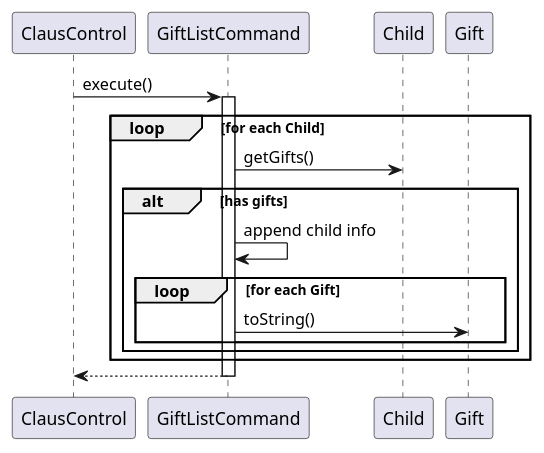
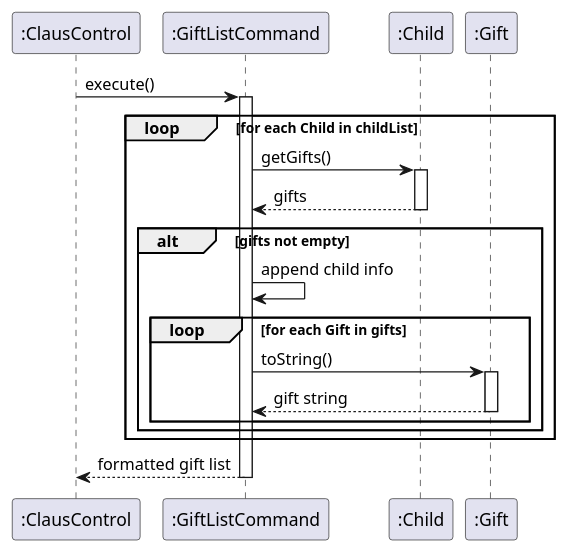
One commit to shrabasti-c/tp changed the diagram in docs/diagrams/GiftListSequenceDiagram.puml. Above: the diagram before and after it, drawn with PlantUML. The commit also changed 20 other files, not shown here.

Commit message:
Fix UML diagrams and fix bug in degift command

```diff
--- a/docs/diagrams/GiftListSequenceDiagram.puml
+++ b/docs/diagrams/GiftListSequenceDiagram.puml
@@ -1,26 +1,31 @@
 @startuml
+participant ":ClausControl" as CC
+participant ":GiftListCommand" as GLC
+participant ":Child" as Child
+participant ":Gift" as Gift
 
-participant ClausControl
-participant GiftListCommand
-participant Child
-participant Gift
+CC -> GLC : execute()
+activate GLC
 
-ClausControl -> GiftListCommand : execute()
-activate GiftListCommand
+loop for each Child in childList
+    GLC -> Child : getGifts()
+    activate Child
+    Child --> GLC : gifts
+    deactivate Child
 
-loop for each Child
-    GiftListCommand -> Child : getGifts()
+    alt gifts not empty
+        GLC -> GLC : append child info
 
-    alt has gifts
-        GiftListCommand -> GiftListCommand : append child info
-
-        loop for each Gift
-            GiftListCommand -> Gift : toString()
+        loop for each Gift in gifts
+            GLC -> Gift : toString()
+            activate Gift
+            Gift --> GLC : gift string
+            deactivate Gift
         end
     end
 end
 
-GiftListCommand --> ClausControl :
-deactivate GiftListCommand
+GLC --> CC : formatted gift list
+deactivate GLC
 
 @enduml
```
